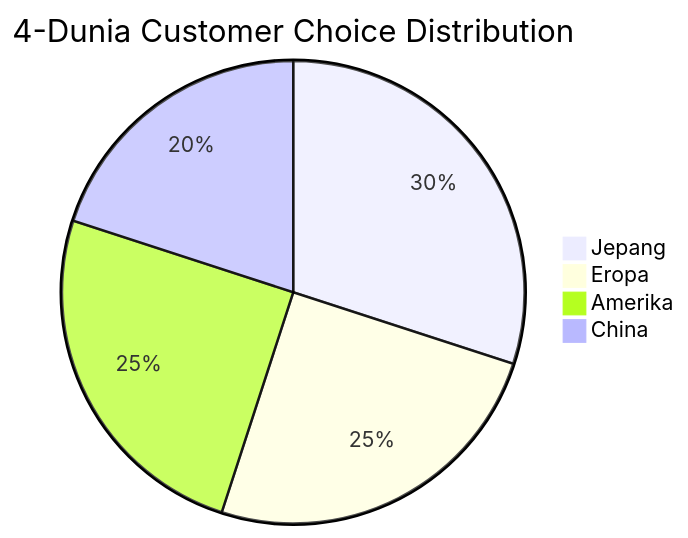
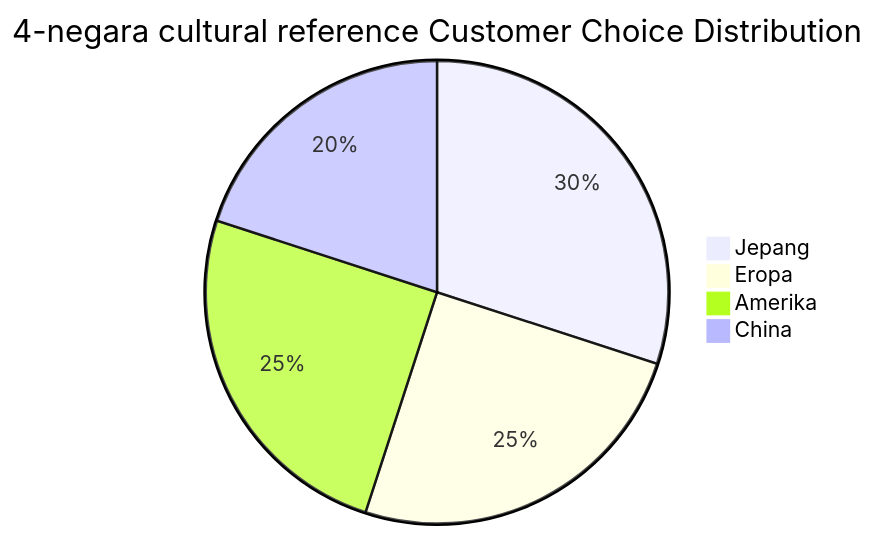
One commit to MahewAi/Mahew changed the fourth of 4 diagrams in librechat-deploy/skills/cco/brand-health-dashboard.md. Above: the diagram before and after it, drawn with Mermaid. The commit also changed other lines of this file and 80 other files, not shown here.

````diff
--- a/librechat-deploy/skills/cco/brand-health-dashboard.md
+++ b/librechat-deploy/skills/cco/brand-health-dashboard.md
@@ -305,7 +305,7 @@
 ```mermaid
-pie title 4-Dunia Customer Choice Distribution
+pie title 4-negara cultural reference Customer Choice Distribution
     "Jepang" : 30
     "Eropa" : 25
     "Amerika" : 25
     "China" : 20
 ```
````
